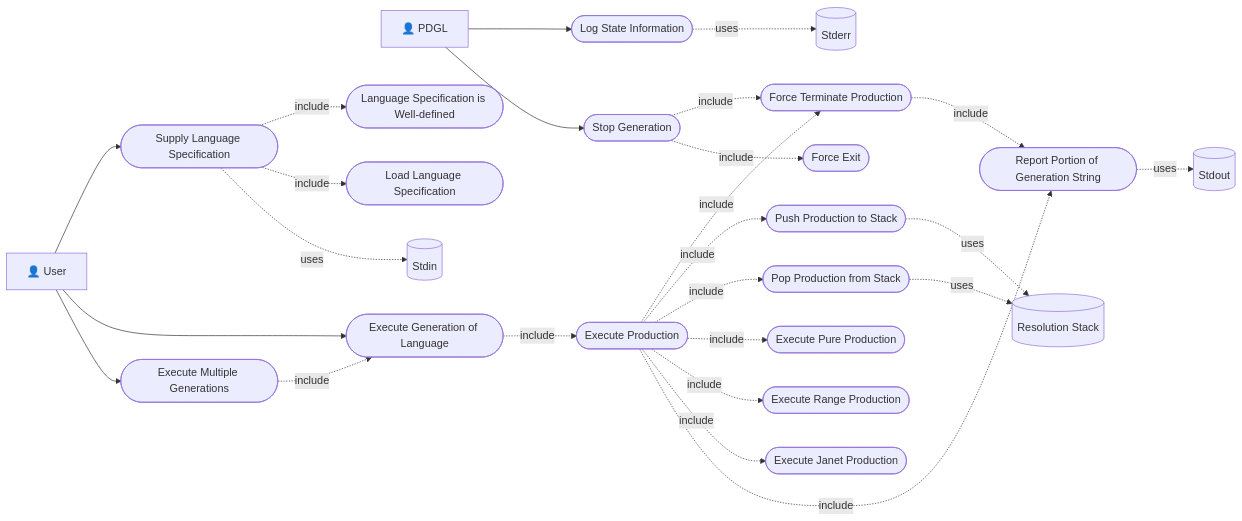
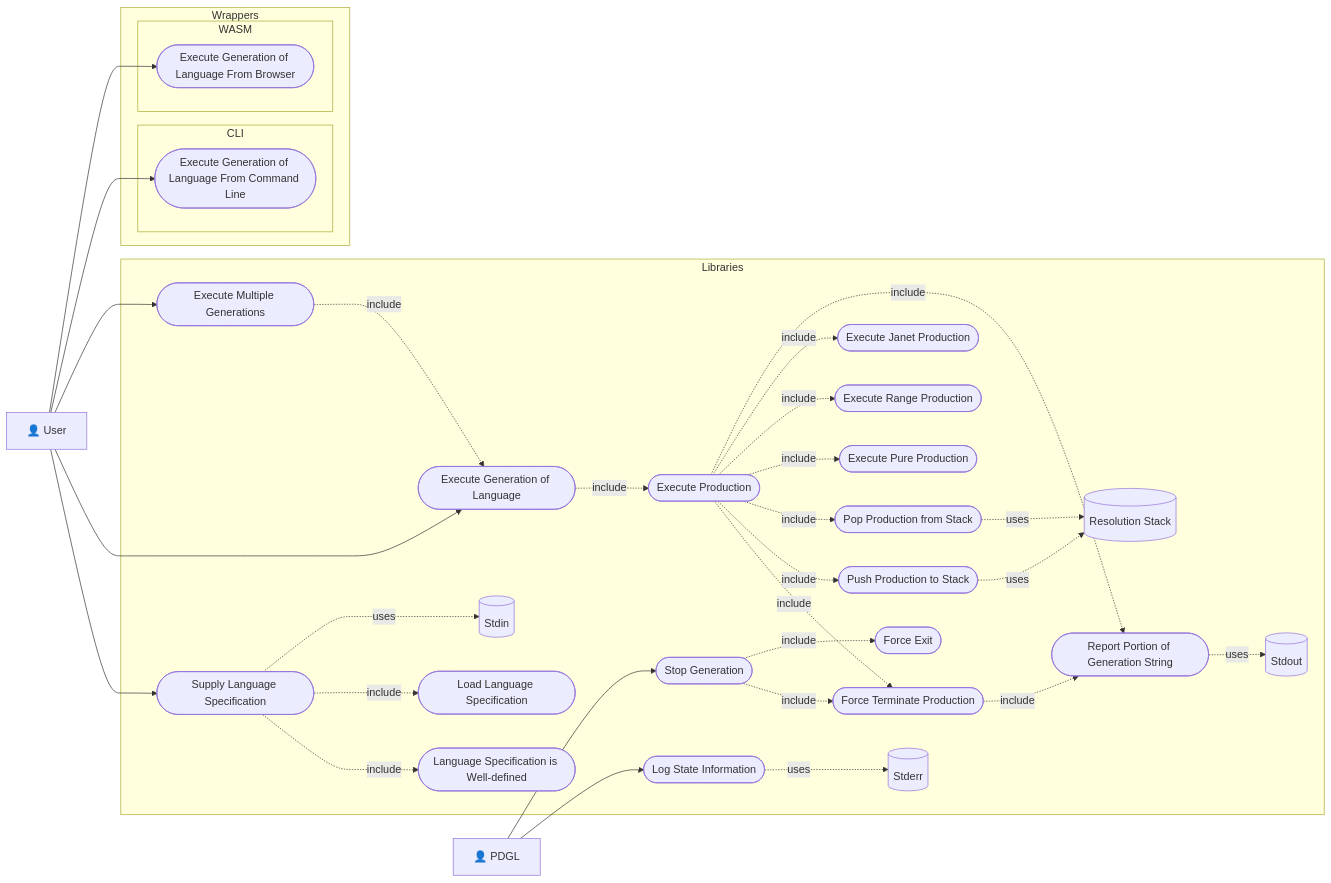
The diagram in docs/README.md (Joecstarr/pdgl), drawn with Mermaid before and after one commit. The commit also changed other lines of this file and 76 other files, not shown here.

````diff
--- a/docs/README.md
+++ b/docs/README.md
@@ -145,57 +158,71 @@
 ```mermaid
 flowchart LR
+
     aU["👤 User"]
     aS["👤 PDGL"]
 
+subgraph wrap [Wrappers]
+subgraph cli [CLI]
+    egolfcl(["Execute Generation of Language From Command Line"])
+end
+subgraph wasm [WASM]
+    egolfb(["Execute Generation of Language From Browser"])
+end
+end
+
+subgraph lib [Libraries]
     SLS(["Supply Language Specification"])
     LL(["Load Language Specification"])
     LSWD(["Language Specification is Well-defined"])
     LSI(["Log State Information"])
 
     EGL(["Execute Generation of Language"])
     EMG(["Execute Multiple Generations"])
     RPGS(["Report Portion of Generation String"])
     EP(["Execute Production"])
     PPtS(["Push Production to Stack"])
     PPfS(["Pop Production from Stack"])
     EPP(["Execute Pure Production"])
     EJP(["Execute Janet Production"])
     ERP(["Execute Range Production"])
     FTP(["Force Terminate Production"])
     EX(["Force Exit"])
     SG(["Stop Generation"])
     scr[("Stdout")]
     sti[("Stdin")]
     err[("Stderr")]
     sta[("Resolution Stack")]
 
-    aU --> SLS
-    aS --> LSI 
-    aS --> SG 
-    aU --> EGL 
-    aU --> EMG
 
     SG -. include .-> FTP
     SG -. include .-> EX 
     SLS -. include .-> LSWD
     
     SLS -. include .-> LL
     
     EMG -. include .-> EGL
     EGL -. include .-> EP
     
     EP -. include .-> FTP
     FTP -. include .-> RPGS
     EP -. include .-> PPtS
     EP -. include .-> PPfS
     EP -. include .-> EPP
     EP -. include .-> ERP
     EP -. include .-> EJP
     EP -. include .-> RPGS
    
     SLS -. uses .-> sti
     LSI -. uses .-> err 
     RPGS -. uses .-> scr
     PPtS -. uses .-> sta
     PPfS -. uses .-> sta
+end
+    aS --> LSI 
+    aS --> SG 
+    aU --> SLS
+    aU --> EGL 
+    aU --> EMG
+    aU --> egolfcl 
+    aU --> egolfb 
 ```
````
